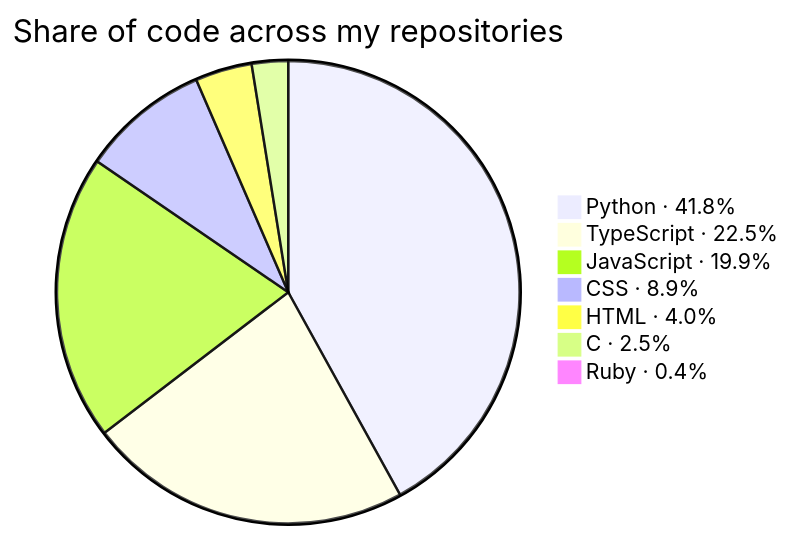
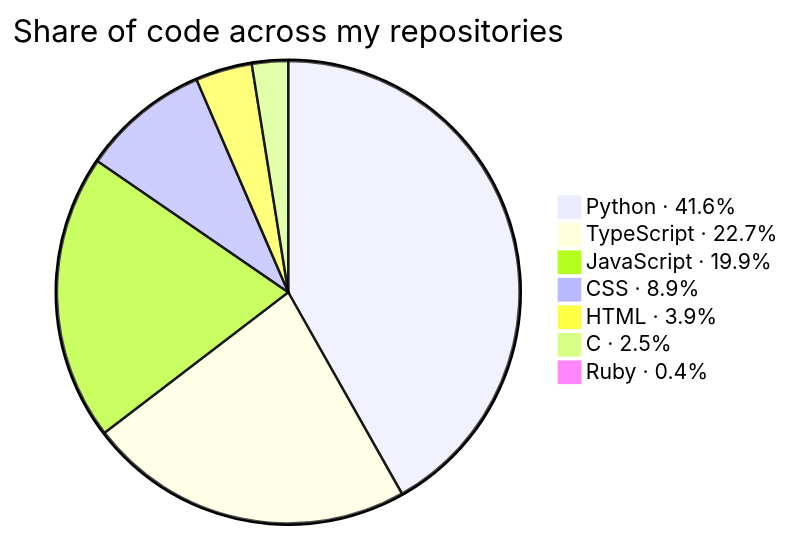
The second of 3 diagrams in README.md (KathFK1234/KathFK1234), drawn with Mermaid before and after one commit. The commit also changed other lines of this file and 4 other files, not shown here.

````diff
--- a/README.md
+++ b/README.md
@@ -109,11 +109,11 @@
 ```mermaid
 %%{init: {"themeVariables": {"pieSectionTextSize": "0px"}}}%%
 pie title Share of code across my repositories
-    "Python · 41.8%" : 1037.6
-    "TypeScript · 22.5%" : 559.6
-    "JavaScript · 19.9%" : 493.2
-    "CSS · 8.9%" : 221.0
-    "HTML · 4.0%" : 98.1
+    "Python · 41.6%" : 1037.6
+    "TypeScript · 22.7%" : 565.2
+    "JavaScript · 19.9%" : 495.9
+    "CSS · 8.9%" : 221.6
+    "HTML · 3.9%" : 98.1
     "C · 2.5%" : 62.7
     "Ruby · 0.4%" : 10.1
 ```
````
